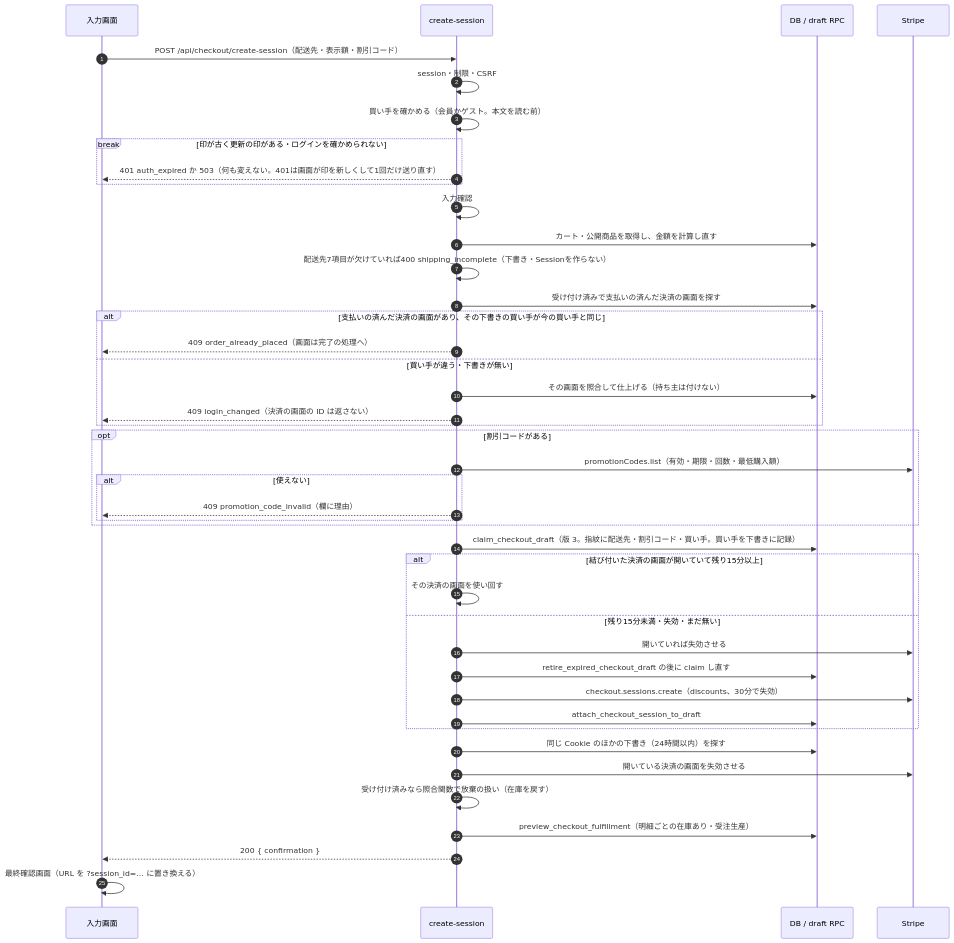
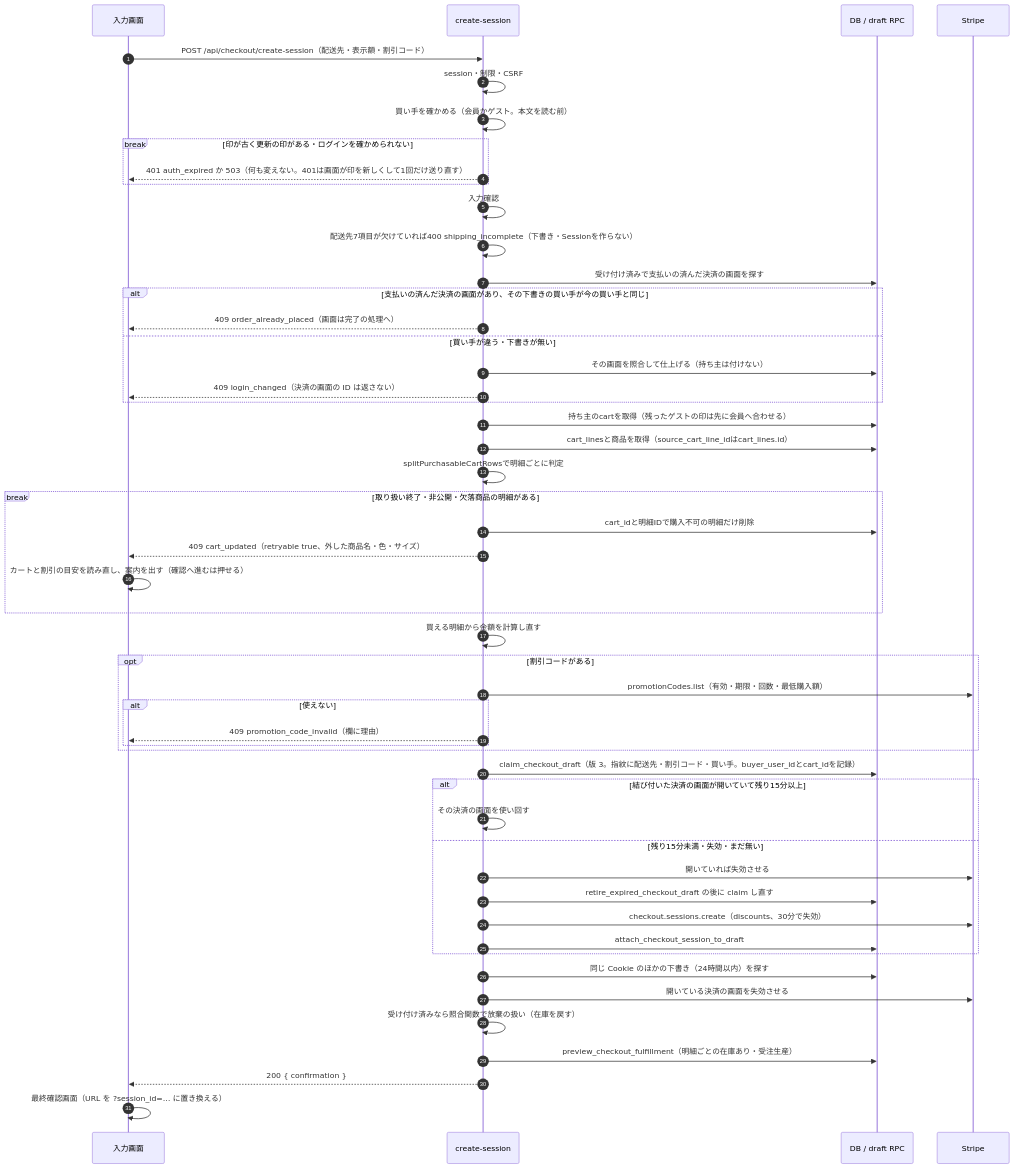
One commit to ChocoWork/o_official changed the first of 5 diagrams in docs/04_DetailDesign/sequence/checkout-payment.md. Above: the diagram before and after it, drawn with Mermaid. The commit also changed other lines of this file and 22 other files, not shown here.

````diff
--- a/docs/04_DetailDesign/sequence/checkout-payment.md
+++ b/docs/04_DetailDesign/sequence/checkout-payment.md
@@ -33,45 +33,53 @@
 ```mermaid
 sequenceDiagram
     autonumber
     participant UI as 入力画面
     participant API as create-session
     participant DB as DB / draft RPC
     participant Stripe as Stripe
     UI->>API: POST /api/checkout/create-session（配送先・表示額・割引コード）
     API->>API: session・制限・CSRF
     API->>API: 買い手を確かめる（会員かゲスト。本文を読む前）
     break 印が古く更新の印がある・ログインを確かめられない
         API-->>UI: 401 auth_expired か 503（何も変えない。401は画面が印を新しくして1回だけ送り直す）
     end
     API->>API: 入力確認
-    API->>DB: カート・公開商品を取得し、金額を計算し直す
     API->>API: 配送先7項目が欠けていれば400 shipping_incomplete（下書き・Sessionを作らない）
     API->>DB: 受け付け済みで支払いの済んだ決済の画面を探す
     alt 支払いの済んだ決済の画面があり、その下書きの買い手が今の買い手と同じ
         API-->>UI: 409 order_already_placed（画面は完了の処理へ）
     else 買い手が違う・下書きが無い
         API->>DB: その画面を照合して仕上げる（持ち主は付けない）
         API-->>UI: 409 login_changed（決済の画面の ID は返さない）
     end
+    API->>DB: 持ち主のcartを取得（残ったゲストの印は先に会員へ合わせる）
+    API->>DB: cart_linesと商品を取得（source_cart_line_idはcart_lines.id）
+    API->>API: splitPurchasableCartRowsで明細ごとに判定
+    break 取り扱い終了・非公開・欠落商品の明細がある
+        API->>DB: cart_idと明細IDで購入不可の明細だけ削除
+        API-->>UI: 409 cart_updated（retryable true、外した商品名・色・サイズ）
+        UI->>UI: カートと割引の目安を読み直し、案内を出す（確認へ進むは押せる）
+    end
+    API->>API: 買える明細から金額を計算し直す
     opt 割引コードがある
         API->>Stripe: promotionCodes.list（有効・期限・回数・最低購入額）
         alt 使えない
             API-->>UI: 409 promotion_code_invalid（欄に理由）
         end
     end
-    API->>DB: claim_checkout_draft（版 3。指紋に配送先・割引コード・買い手。買い手を下書きに記録）
+    API->>DB: claim_checkout_draft（版 3。指紋に配送先・割引コード・買い手。buyer_user_idとcart_idを記録）
     alt 結び付いた決済の画面が開いていて残り15分以上
         API->>API: その決済の画面を使い回す
     else 残り15分未満・失効・まだ無い
         API->>Stripe: 開いていれば失効させる
         API->>DB: retire_expired_checkout_draft の後に claim し直す
         API->>Stripe: checkout.sessions.create（discounts、30分で失効）
         API->>DB: attach_checkout_session_to_draft
     end
     API->>DB: 同じ Cookie のほかの下書き（24時間以内）を探す
     API->>Stripe: 開いている決済の画面を失効させる
     API->>API: 受け付け済みなら照合関数で放棄の扱い（在庫を戻す）
     API->>DB: preview_checkout_fulfillment（明細ごとの在庫あり・受注生産）
     API-->>UI: 200 { confirmation }
     UI->>UI: 最終確認画面（URL を ?session_id=… に置き換える）
 ```
````
